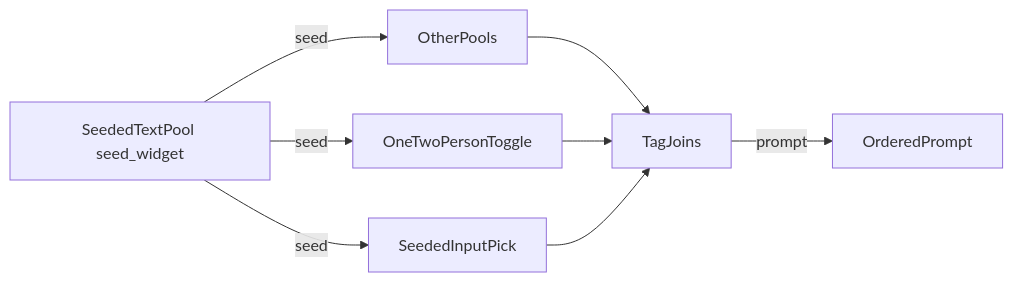
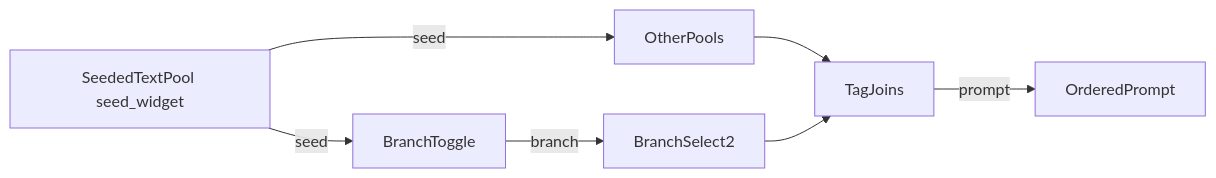
One commit to Cueuler/dynamic_prompt_engine changed the diagram in README.md. Above: the diagram before and after it, drawn with Mermaid. The commit also changed other lines of this file and 5 other files, not shown here.

First line of the commit message:
Refactor person-mode nodes into Branch Toggle and Branch Select 2.

````diff
--- a/README.md
+++ b/README.md
@@ -7,10 +7,9 @@
 ```mermaid
 flowchart LR
   rootPool["SeededTextPool seed_widget"] -->|"seed"| pools[OtherPools]
-  rootPool -->|"seed"| pick[SeededInputPick]
-  rootPool -->|"seed"| toggle[OneTwoPersonToggle]
+  rootPool -->|"seed"| toggle[BranchToggle]
   pools --> joins[TagJoins]
-  toggle --> joins
-  pick --> joins
+  toggle -->|"branch"| select[BranchSelect2]
+  select --> joins
   joins -->|"prompt"| finalPrompt[OrderedPrompt]
 ```
````
